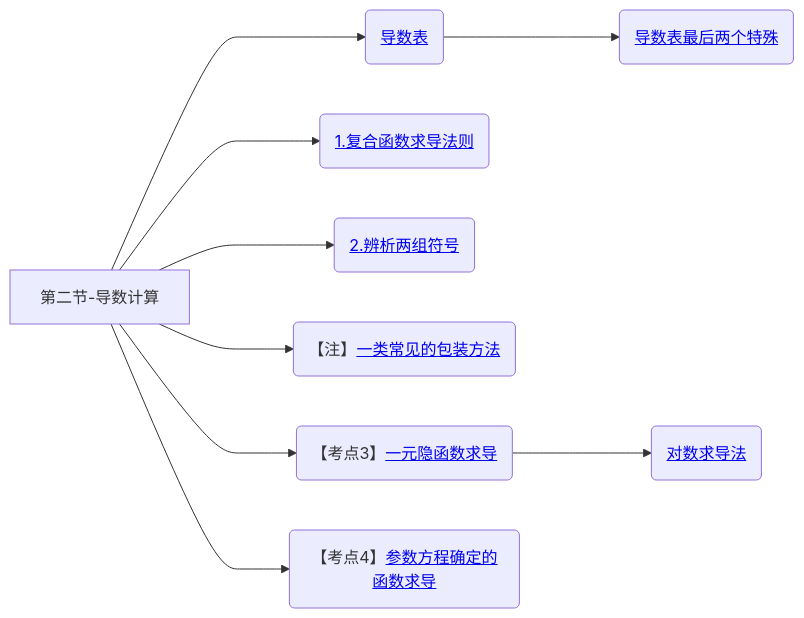
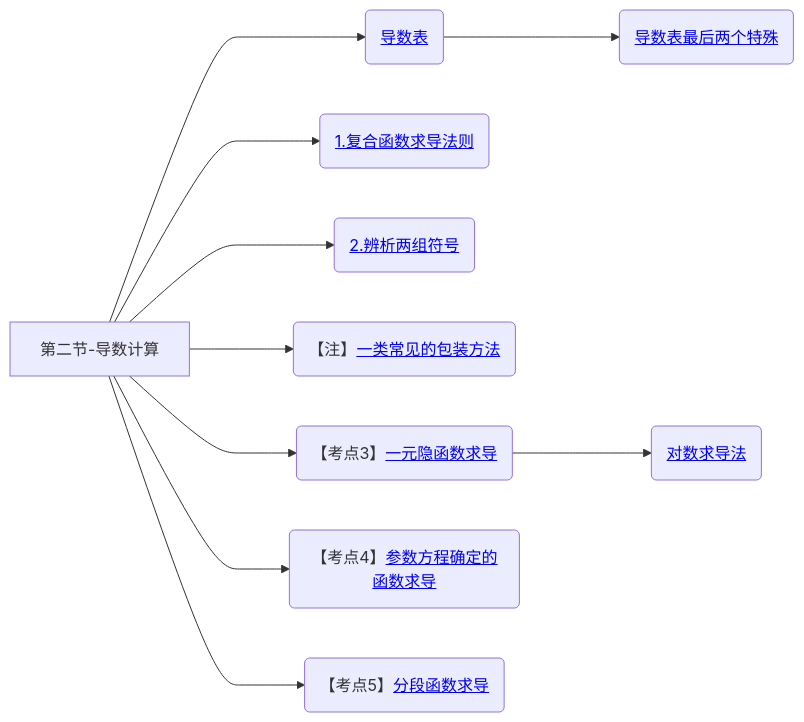
One commit to yuebinghui/note changed diagram 12 of 12 in 笔记/数学/周洋鑫/01.基础班思维导图.md. Above: the diagram before and after it, drawn with Mermaid. The commit also changed 3 other files, not shown here.

````diff
--- a/笔记/数学/周洋鑫/01.基础班思维导图.md
+++ b/笔记/数学/周洋鑫/01.基础班思维导图.md
@@ -454,18 +454,20 @@
 ```mermaid
 graph LR
 第二节-导数计算
 
 第二节-导数计算--->导数表(<a href="/Users/yuebinghui/Documents/program/github/note/笔记/数学/周洋鑫/零基础提前学/11.1零基础核心考点精讲10-1.md#导数表-必须记住">导数表</>)
 导数表--->导数表最后两个特殊(<a href="/Users/yuebinghui/Documents/program/github/note/笔记/数学/周洋鑫/零基础提前学/11.1零基础核心考点精讲10-1.md#导数表最后两个特殊">导数表最后两个特殊</>)
 第二节-导数计算--->复合函数求导法则(<a href="/Users/yuebinghui/Documents/program/github/note/笔记/数学/周洋鑫/基础班/12.导数计算_1.md#复合函数求导法则">1.复合函数求导法则</>)
 第二节-导数计算--->2.辨析两组符号(<a href="/Users/yuebinghui/Documents/program/github/note/笔记/数学/周洋鑫/基础班/12.导数计算_1.md#2.辨析两组符号">2.辨析两组符号</>)
 
 第二节-导数计算--->一类常见的包装方法(【注】<a href="/Users/yuebinghui/Documents/program/github/note/笔记/数学/周洋鑫/基础班/12.导数计算_1.md#一类常见的包装方法">一类常见的包装方法</>)
 
 第二节-导数计算--->一元隐函数求导(【考点3】<a href="/Users/yuebinghui/Documents/program/github/note/笔记/数学/周洋鑫/基础班/12.导数计算_1.md#一元隐函数求导">一元隐函数求导</>)
 
 一元隐函数求导--->对数求导法(<a href="/Users/yuebinghui/Documents/program/github/note/笔记/数学/周洋鑫/基础班/13.导数计算_2.md#对数求导法">对数求导法</>)
 
 第二节-导数计算--->参数方程确定的函数求导(【考点4】<a href="/Users/yuebinghui/Documents/program/github/note/笔记/数学/周洋鑫/基础班/13.导数计算_2.md#参数方程确定的函数求导">参数方程确定的函数求导</>)
 
+第二节-导数计算--->分段函数求导(【考点5】<a href="/Users/yuebinghui/Documents/program/github/note/笔记/数学/周洋鑫/基础班/13.导数计算_2.md#分段函数求导">分段函数求导</>)
+
 ```
````
